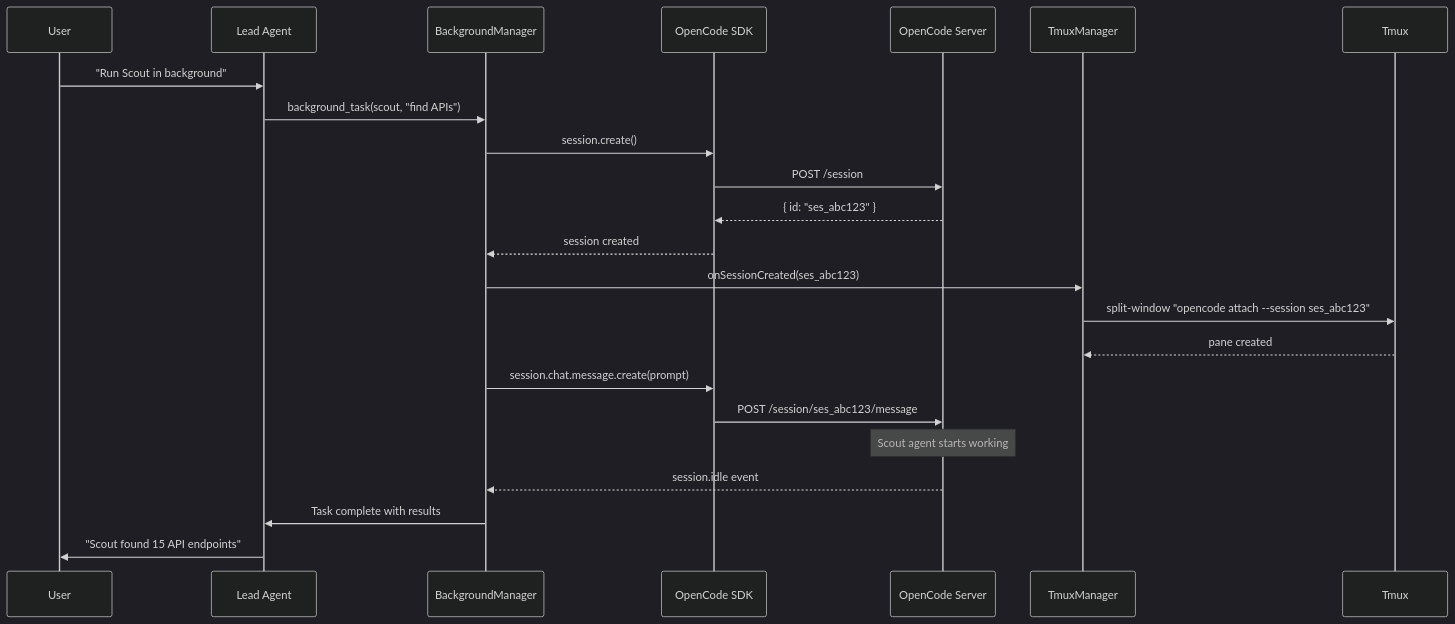
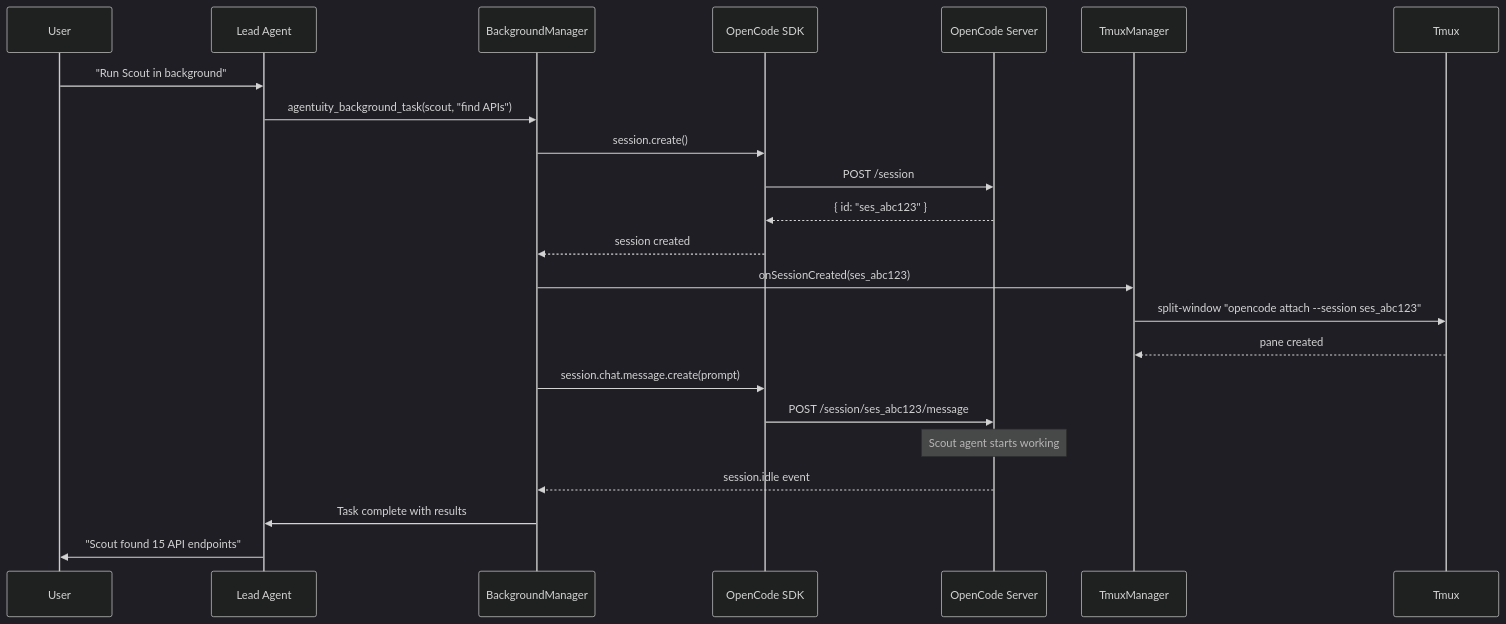
Before and after one commit to agentuity/sdk: the second of 2 diagrams in packages/opencode/README.md, drawn with Mermaid (dark theme). The commit also changed other lines of this file and 8 other files, not shown here.

````diff
--- a/packages/opencode/README.md
+++ b/packages/opencode/README.md
@@ -375,29 +375,29 @@
 ```mermaid
 sequenceDiagram
     participant User
     participant Lead as Lead Agent
     participant BM as BackgroundManager
     participant SDK as OpenCode SDK
     participant Server as OpenCode Server
     participant TM as TmuxManager
     participant Tmux
 
     User->>Lead: "Run Scout in background"
-    Lead->>BM: background_task(scout, "find APIs")
+    Lead->>BM: agentuity_background_task(scout, "find APIs")
     BM->>SDK: session.create()
     SDK->>Server: POST /session
     Server-->>SDK: { id: "ses_abc123" }
     SDK-->>BM: session created
 
     BM->>TM: onSessionCreated(ses_abc123)
     TM->>Tmux: split-window "opencode attach --session ses_abc123"
     Tmux-->>TM: pane created
 
     BM->>SDK: session.chat.message.create(prompt)
     SDK->>Server: POST /session/ses_abc123/message
     Note over Server: Scout agent starts working
 
     Server-->>BM: session.idle event
     BM->>Lead: Task complete with results
     Lead->>User: "Scout found 15 API endpoints"
 ```
````
